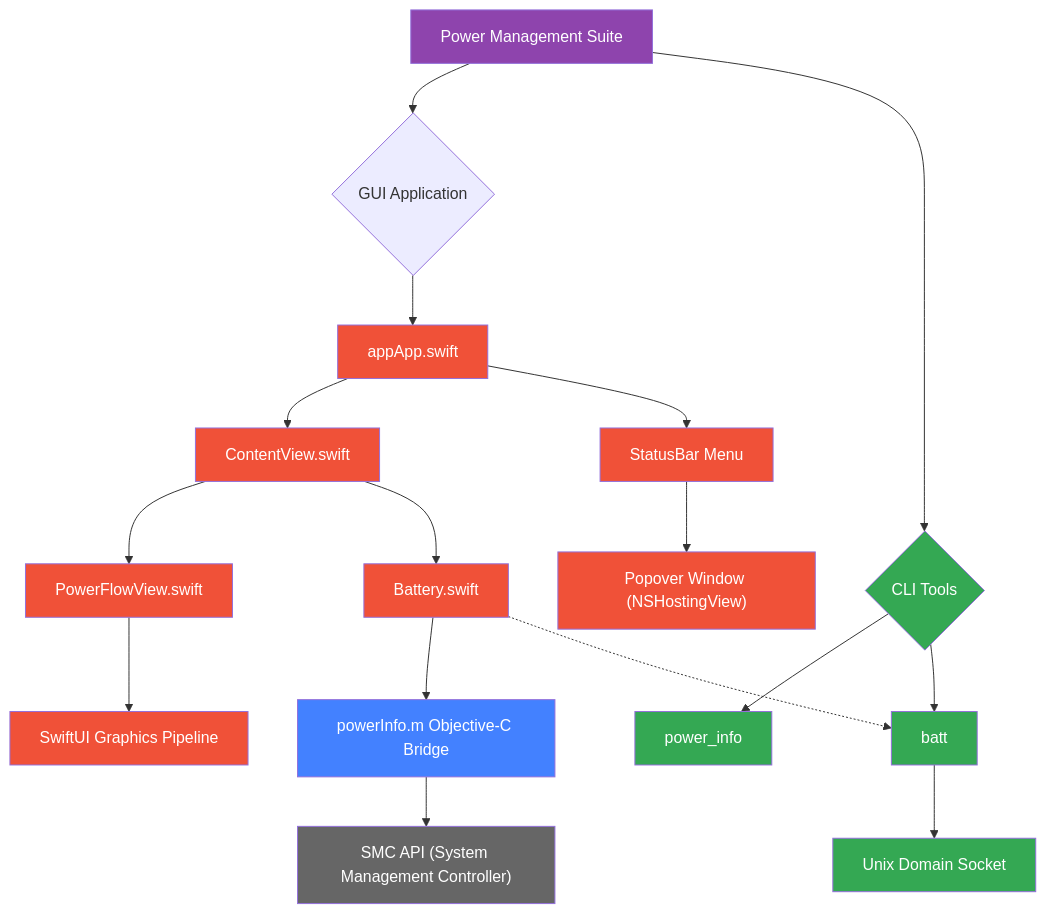
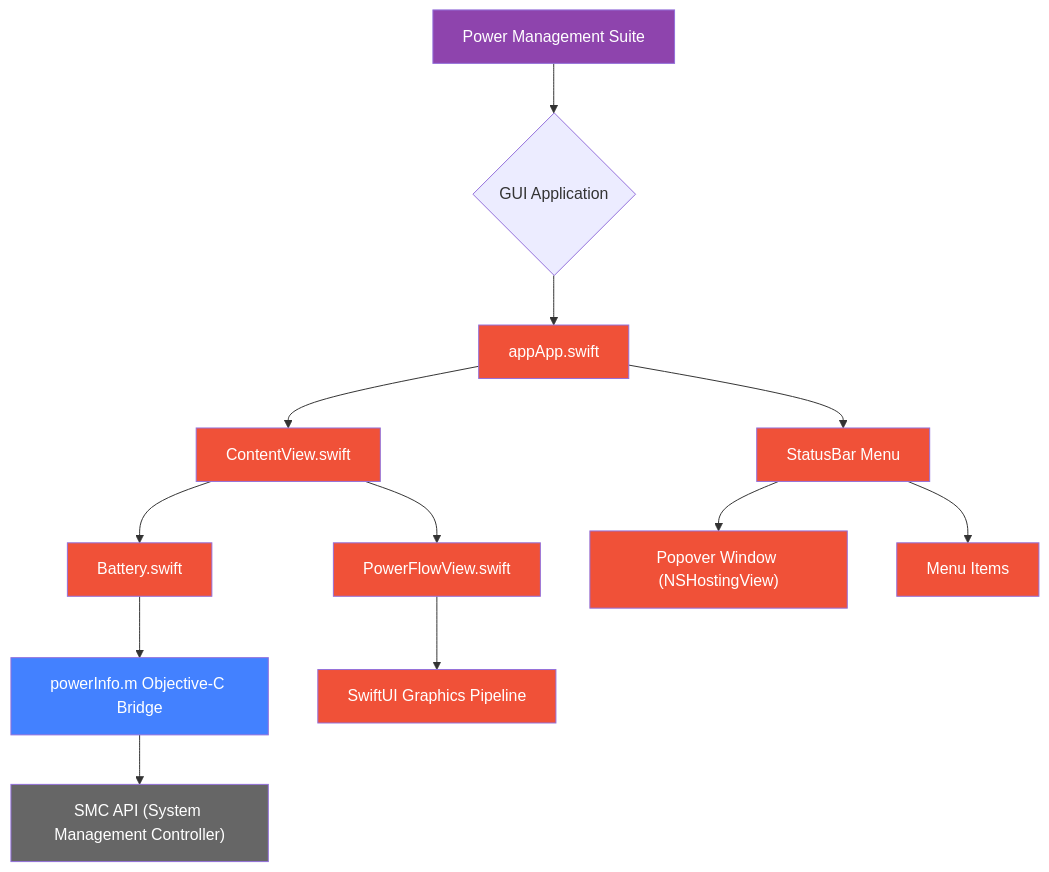
The diagram in README.md (clzoc/BattGUI), drawn with Mermaid before and after one commit. The commit also changed other lines of this file, not shown here.

First line of the commit message:
docs: Update README with current architecture and simplified documentation

````diff
--- a/README.md
+++ b/README.md
@@ -19,34 +19,27 @@
 ```mermaid
 graph TD
     Suite[Power Management Suite] --> GUI{GUI Application}
-    Suite --> CLI{CLI Tools}
     
     GUI --> App[appApp.swift]
     App --> CV[ContentView.swift]
     CV --> PFV[PowerFlowView.swift]
     CV --> BM[Battery.swift]
     
     BM --> OC[powerInfo.m Objective-C Bridge]
     OC --> SMC["SMC API (System Management Controller)"]
     
     PFV --> SW["SwiftUI Graphics Pipeline"]
     App --> SM[StatusBar Menu]
     SM --> POP["Popover Window (NSHostingView)"]
-    
-    CLI --> PI[power_info]
-    CLI --> BAT[batt]
-    BAT --> UDS["Unix Domain Socket"]
-    BM -.-> BAT
+    SM --> MM[Menu Items]
     
     classDef swift fill:#F05138,color:white;
     classDef objc fill:#4381ff,color:white;
     classDef system fill:#666,color:white;
-    classDef cli fill:#34a853,color:white;
     classDef suite fill:#8e44ad,color:white;
     
     class Suite suite
-    class App,CV,PFV,BM,SW,SM,POP swift
+    class App,CV,PFV,BM,SW,SM,POP,MM swift
     class OC objc
     class SMC system
-    class PI,BAT,CLI,UDS cli
 ```
````
